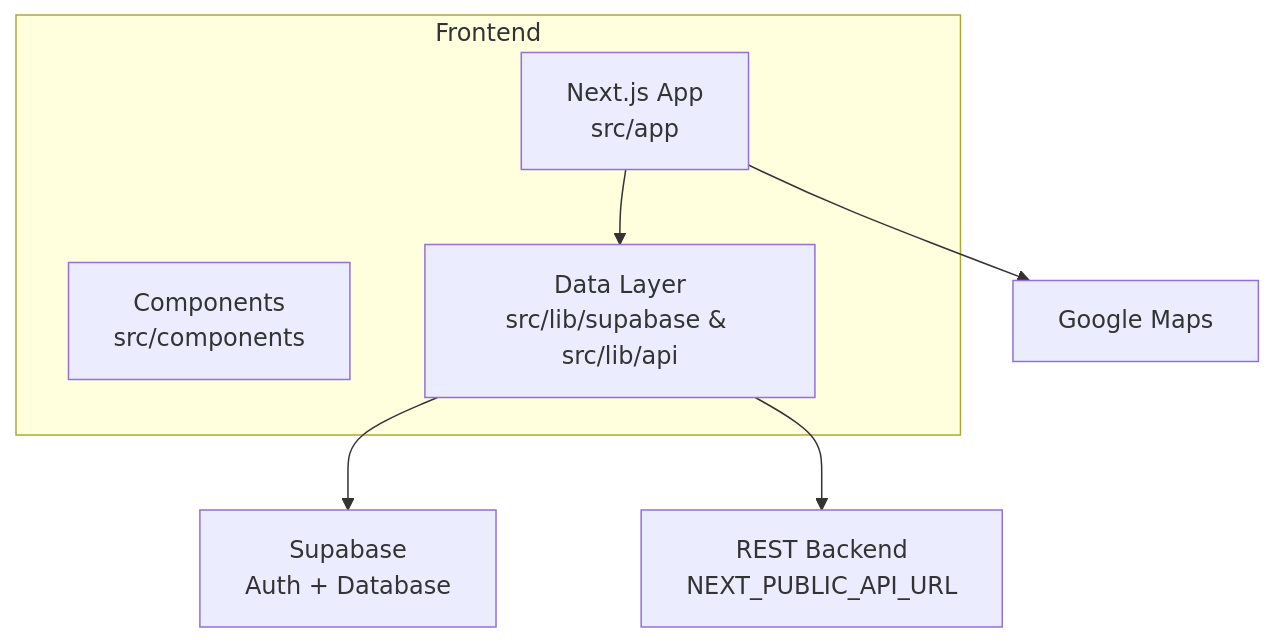
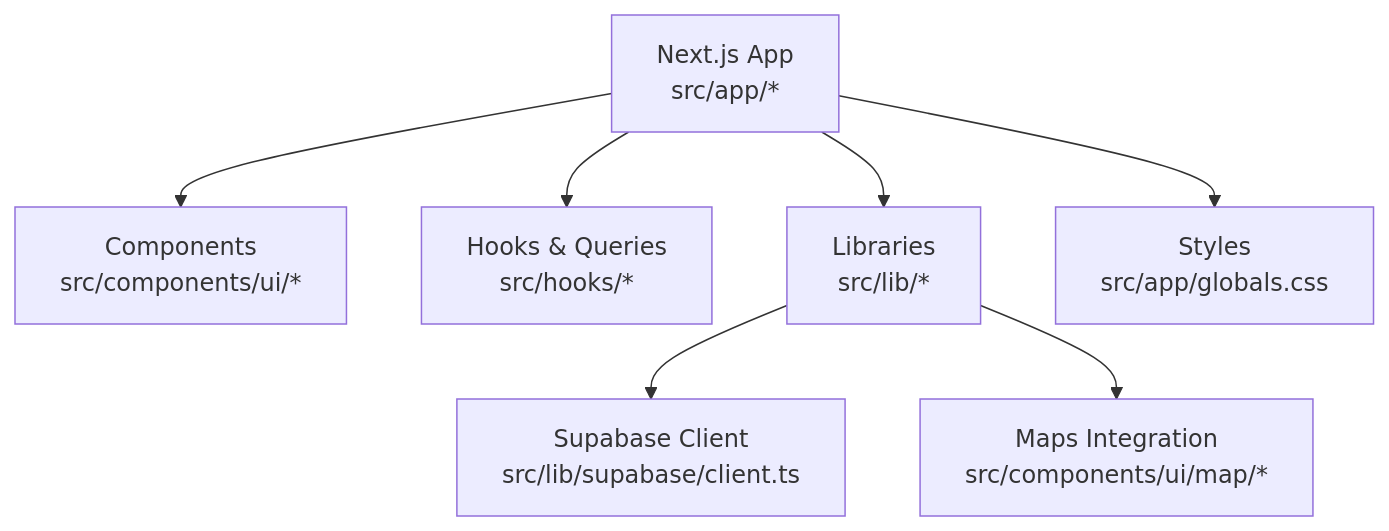
One commit to Meaetin/alibaba-hackathon changed the first of 3 diagrams in .qoder/repowiki/en/content/Getting Started.md. Above: the diagram before and after it, drawn with Mermaid. The commit also changed other lines of this file and 241 other files, not shown here.

````diff
--- a/.qoder/repowiki/en/content/Getting Started.md
+++ b/.qoder/repowiki/en/content/Getting Started.md
@@ -43,15 +34,9 @@
 ```mermaid
 graph TB
-subgraph "Frontend"
-A["Next.js App<br/>src/app"]
-B["Components<br/>src/components"]
-C["Data Layer<br/>src/lib/supabase & src/lib/api"]
-end
-D["Supabase<br/>Auth + Database"]
-E["REST Backend<br/>NEXT_PUBLIC_API_URL"]
-F["Google Maps"]
-A --> C
-C --> D
-C --> E
-A --> F
+A["Next.js App<br/>src/app/*"] --> B["Components<br/>src/components/ui/*"]
+A --> C["Hooks & Queries<br/>src/hooks/*"]
+A --> D["Libraries<br/>src/lib/*"]
+D --> E["Supabase Client<br/>src/lib/supabase/client.ts"]
+D --> F["Maps Integration<br/>src/components/ui/map/*"]
+A --> G["Styles<br/>src/app/globals.css"]
 ```
````
